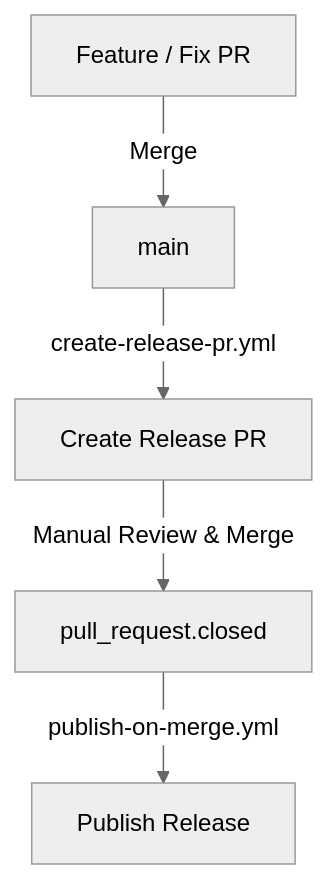
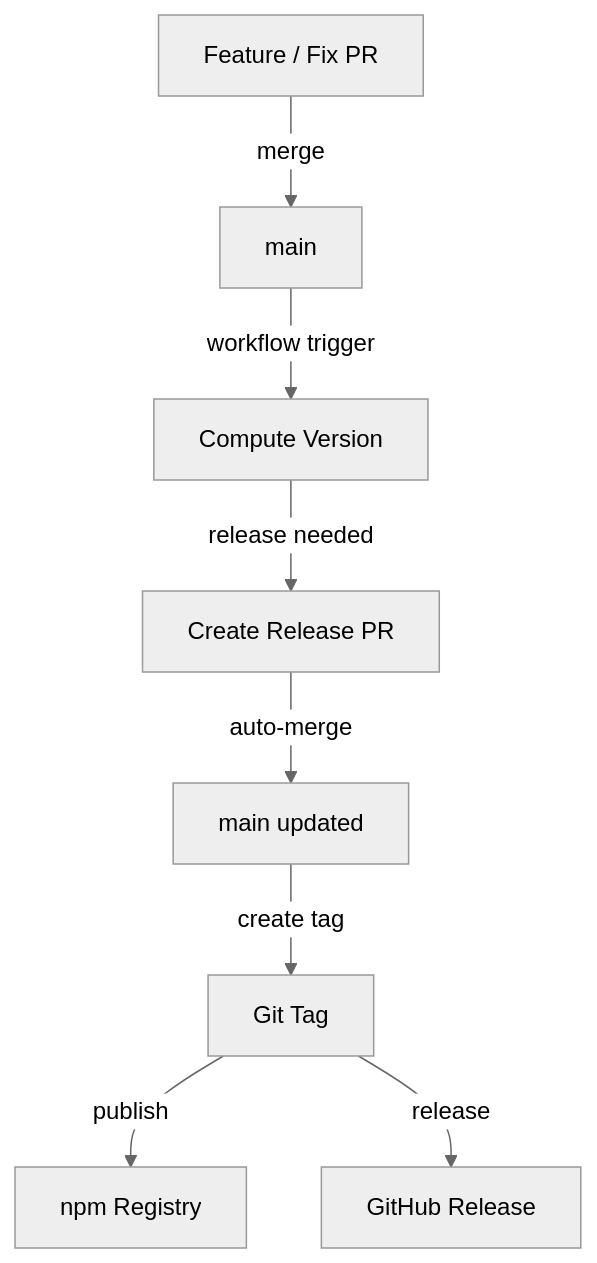
Before and after one commit to jonasmzsouza/release-suite: the diagram in README.md, drawn with Mermaid (neutral theme). The commit also changed other lines of this file and 4 other files, not shown here.

First line of the commit message:
:robot: ci: unify release automation into a single resilient workflow (#18)

````diff
--- a/README.md
+++ b/README.md
@@ -106,7 +106,10 @@
 ```mermaid
 flowchart TD
-    A[Feature / Fix PR] -->|Merge| B[main]
-    B -->|create-release-pr.yml| C[Create Release PR]
-    C -->|Manual Review & Merge| D[pull_request.closed]
-    D -->|publish-on-merge.yml| E[Publish Release]
+    A[Feature / Fix PR] -->|merge| B[main]
+    B -->|workflow trigger| C[Compute Version]
+    C -->|release needed| D[Create Release PR]
+    D -->|auto-merge| E[main updated]
+    E -->|create tag| F[Git Tag]
+    F -->|publish| G[npm Registry]
+    F -->|release| H[GitHub Release]
 ```
````
